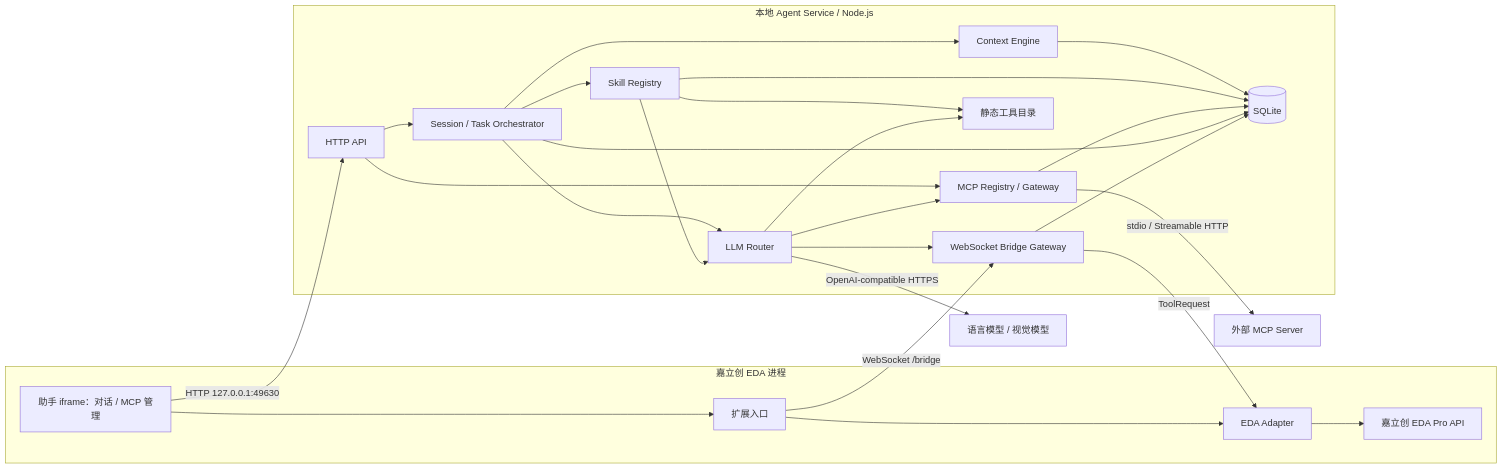
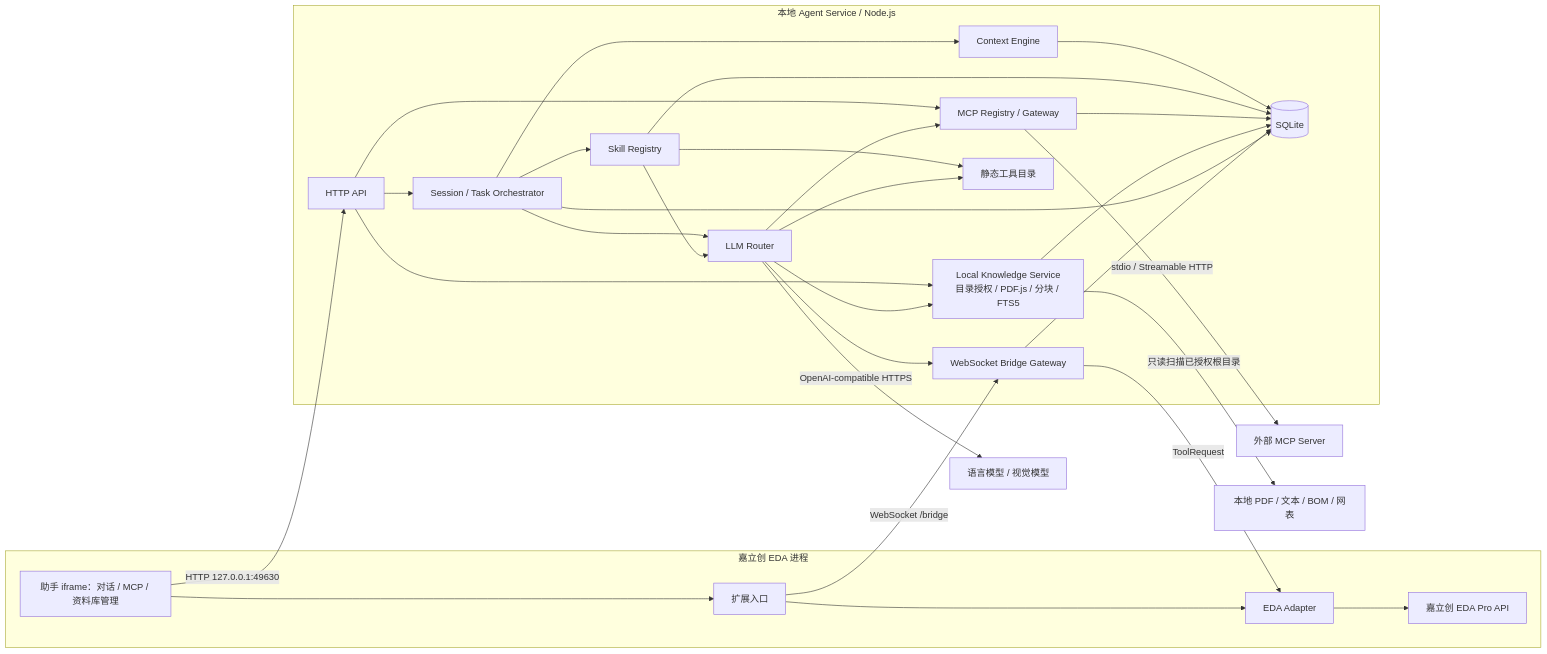
Before and after one commit to ferren/JLCircuit-Agent: the second of 7 diagrams in docs/current-architecture.md, drawn with Mermaid. The commit also changed other lines of this file and 12 other files, not shown here.

Commit message:
feat: add local knowledge indexing and management

````diff
--- a/docs/current-architecture.md
+++ b/docs/current-architecture.md
@@ -176,46 +177,51 @@
 ```mermaid
 flowchart LR
     subgraph EDA[嘉立创 EDA 进程]
-        UI[助手 iframe：对话 / MCP 管理]
+        UI[助手 iframe：对话 / MCP / 资料库管理]
         EXT[扩展入口]
         ADAPTER[EDA Adapter]
         API[嘉立创 EDA Pro API]
         UI --> EXT
         EXT --> ADAPTER
         ADAPTER --> API
     end
 
     subgraph LOCAL[本地 Agent Service / Node.js]
         HTTP[HTTP API]
         SESSION[Session / Task Orchestrator]
         CONTEXT[Context Engine]
         SKILLS[Skill Registry]
         MCPGW[MCP Registry / Gateway]
+        KNOWLEDGE[Local Knowledge Service<br/>目录授权 / PDF.js / 分块 / FTS5]
         LLM[LLM Router]
         CATALOG[静态工具目录]
         BRIDGE[WebSocket Bridge Gateway]
         STORE[(SQLite)]
 
         HTTP --> SESSION
         HTTP --> MCPGW
+        HTTP --> KNOWLEDGE
         SESSION --> CONTEXT
         CONTEXT --> STORE
         SESSION --> LLM
         SESSION --> SKILLS
         SKILLS --> LLM
         SKILLS --> CATALOG
         SKILLS --> STORE
         LLM --> MCPGW
+        LLM --> KNOWLEDGE
         MCPGW --> STORE
+        KNOWLEDGE --> STORE
         LLM --> CATALOG
         LLM --> BRIDGE
         SESSION --> STORE
         BRIDGE --> STORE
     end
 
     UI -- HTTP 127.0.0.1:49630 --> HTTP
     EXT -- WebSocket /bridge --> BRIDGE
     BRIDGE -- ToolRequest --> ADAPTER
     MCPGW -- stdio / Streamable HTTP --> MCPSERVER[外部 MCP Server]
+    KNOWLEDGE -- 只读扫描已授权根目录 --> LOCALFILES[本地 PDF / 文本 / BOM / 网表]
     LLM -- OpenAI-compatible HTTPS --> PROVIDER[语言模型 / 视觉模型]
 ```
````
